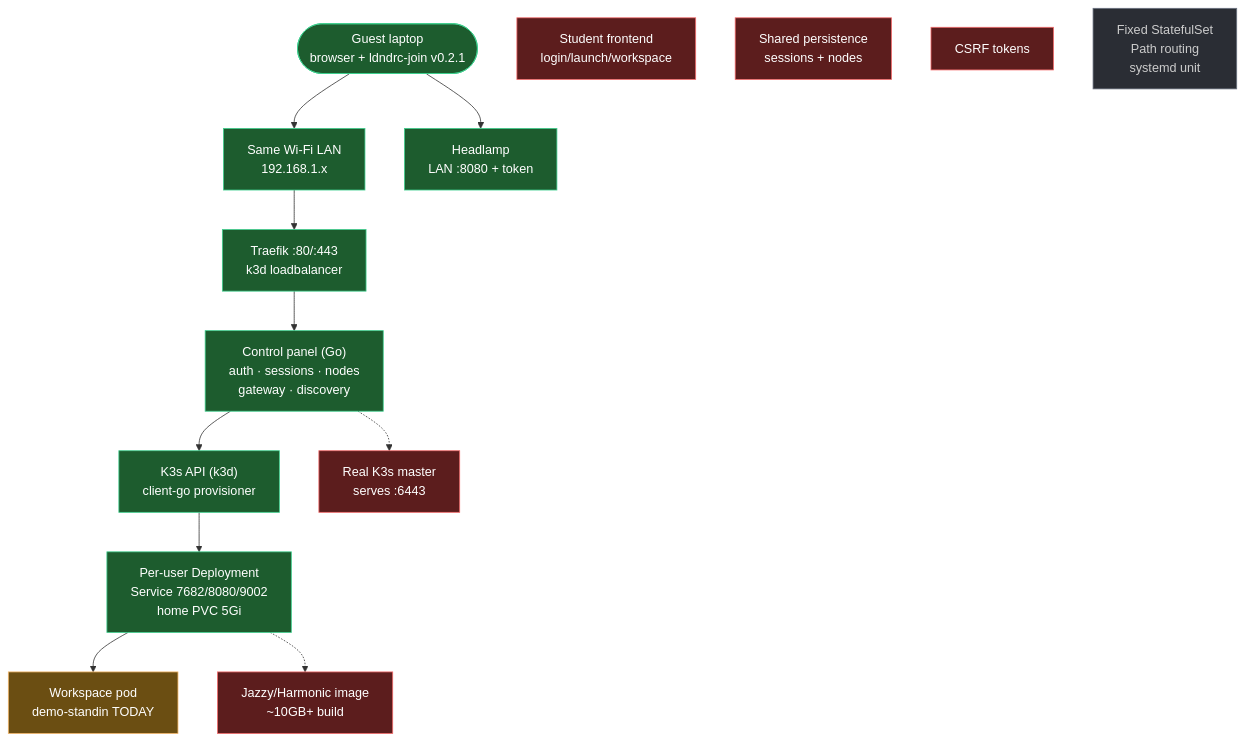
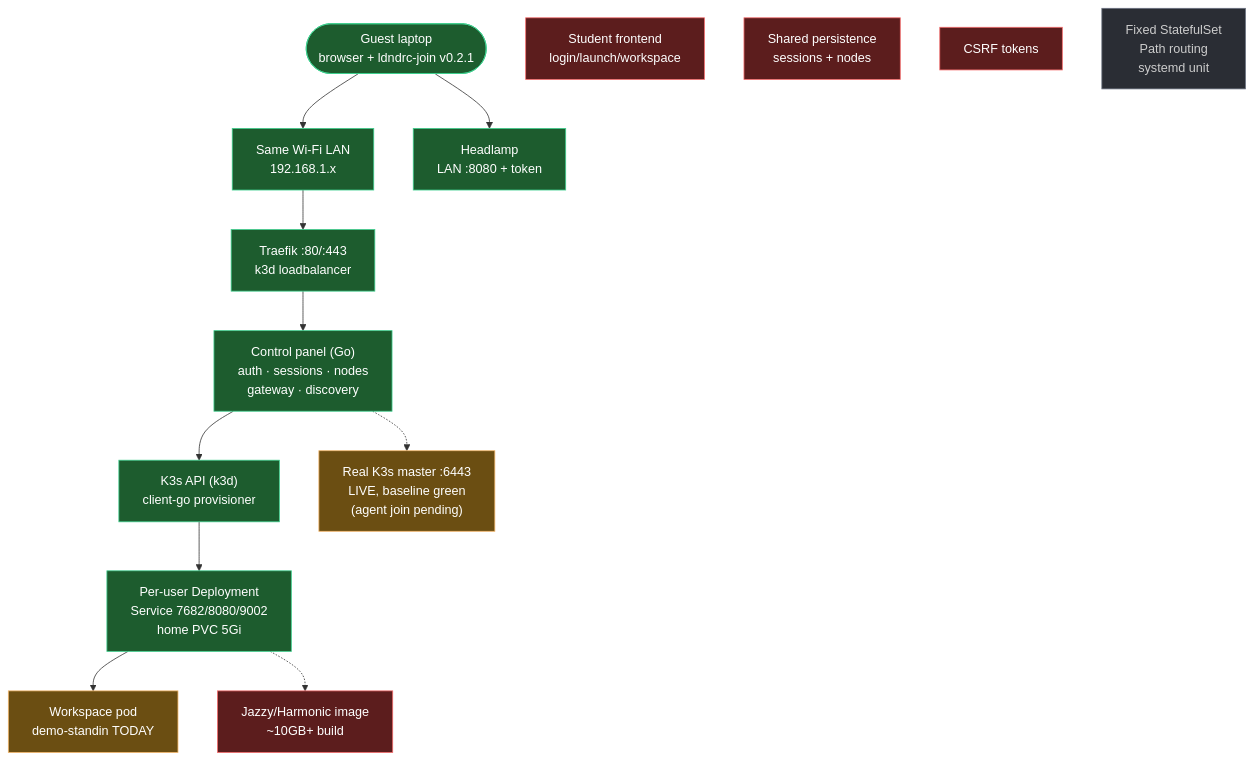
Before and after one commit to GITGUYX8/LDNDRC: the second of 3 diagrams in docs/project-journey-report.md, drawn with Mermaid. The commit also changed other lines of this file and 2 other files, not shown here.

First line of the commit message:
docs: checkpoint-20 real-master cutover, journey + roadmap refresh

````diff
--- a/docs/project-journey-report.md
+++ b/docs/project-journey-report.md
@@ -76,30 +76,30 @@
 ```mermaid
 flowchart TB
     classDef done fill:#1d5c2e,stroke:#3ecf8e,color:#fff
     classDef prov fill:#6b4e12,stroke:#f5b86c,color:#fff
     classDef missing fill:#5c1d1d,stroke:#f56c6c,color:#fff
     classDef gone fill:#2a2d34,stroke:#6b7280,color:#ccc
 
     Guest(["Guest laptop<br/>browser + ldndrc-join v0.2.1"]):::done
     LAN["Same Wi-Fi LAN<br/>192.168.1.x"]:::done
     Traefik["Traefik :80/:443<br/>k3d loadbalancer"]:::done
     CP["Control panel (Go)<br/>auth · sessions · nodes<br/>gateway · discovery"]:::done
     Sess["Per-user Deployment<br/>Service 7682/8080/9002<br/>home PVC 5Gi"]:::done
     WS["Workspace pod<br/>demo-standin TODAY"]:::prov
     Head["Headlamp<br/>LAN :8080 + token"]:::done
     K3S["K3s API (k3d)<br/>client-go provisioner"]:::done
 
-    RealM["Real K3s master<br/>serves :6443"]:::missing
+    RealM["Real K3s master :6443<br/>LIVE, baseline green<br/>(agent join pending)"]:::prov
     RealWS["Jazzy/Harmonic image<br/>~10GB+ build"]:::missing
     UI["Student frontend<br/>login/launch/workspace"]:::missing
     Persist["Shared persistence<br/>sessions + nodes"]:::missing
     CSRF["CSRF tokens"]:::missing
 
     Dead["Fixed StatefulSet<br/>Path routing<br/>systemd unit"]:::gone
 
     Guest --> LAN --> Traefik --> CP
     CP --> K3S --> Sess --> WS
     Guest --> Head
     CP -.-> RealM
     Sess -.-> RealWS
 ```
````
